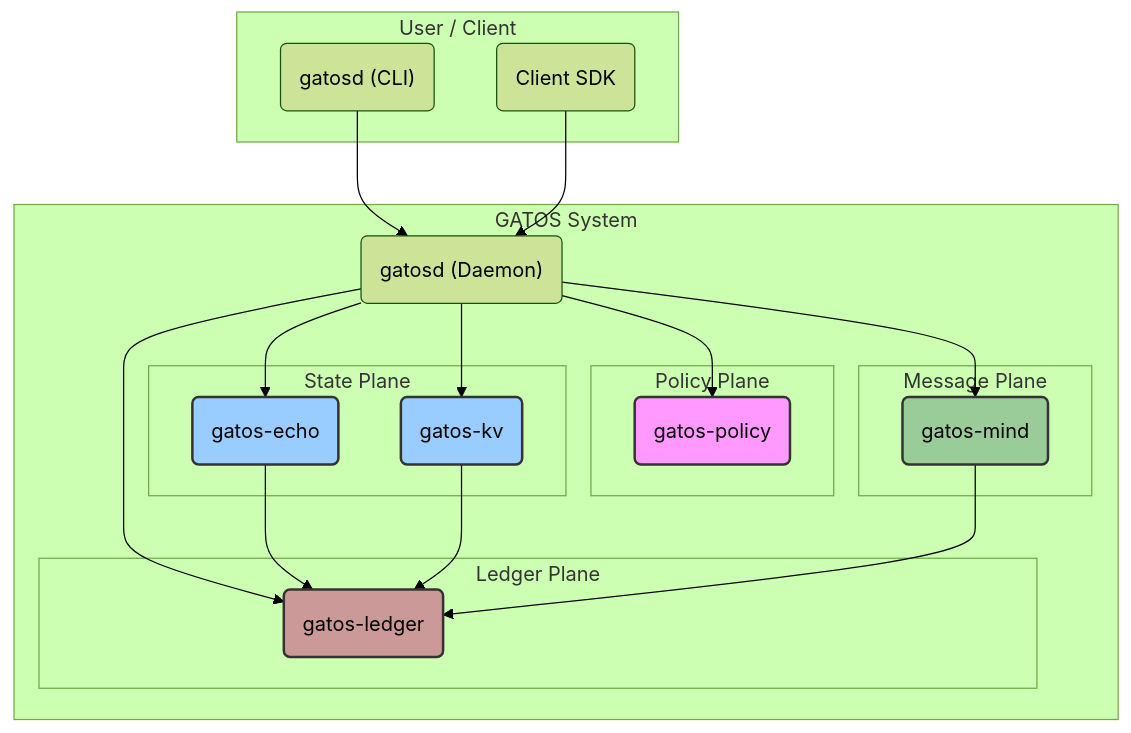
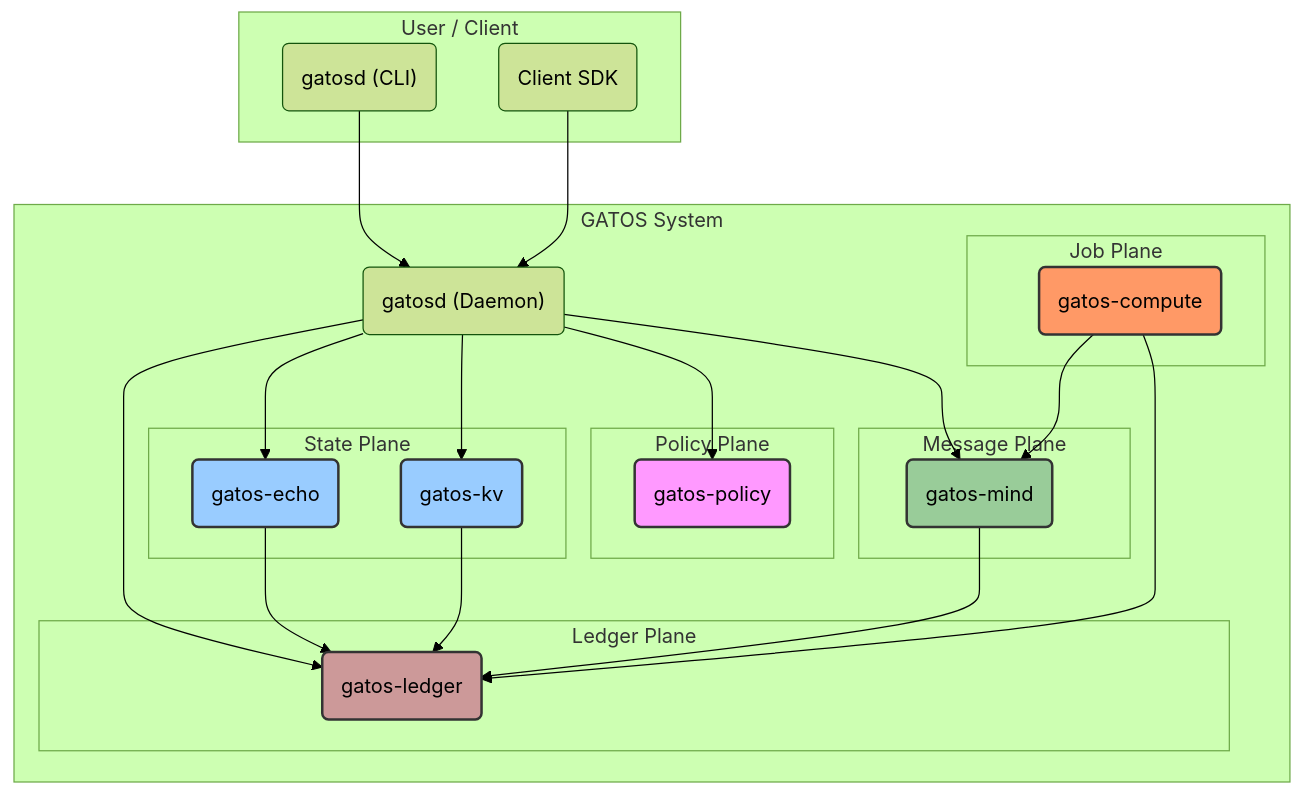
One commit to flyingrobots/gatos changed the diagram in docs/diagrams/architecture.md. Above: the diagram before and after it, drawn with Mermaid (forest theme). The commit also changed 3 other files, not shown here.

````diff
--- a/docs/diagrams/architecture.md
+++ b/docs/diagrams/architecture.md
@@ -5,47 +5,54 @@
 ```mermaid
 graph TD
     subgraph "User / Client"
         CLI("gatosd (CLI)")
         SDK("Client SDK")
     end
 
     subgraph "GATOS System"
         Daemon("gatosd (Daemon)")
 
         subgraph "Policy Plane"
             Policy("gatos-policy");
         end
 
         subgraph "State Plane"
             Echo("gatos-echo");
             KV("gatos-kv");
         end
 
         subgraph "Message Plane"
             Mind("gatos-mind");
         end
 
+        subgraph "Job Plane"
+            Compute("gatos-compute");
+        end
+
         subgraph "Ledger Plane"
             Ledger("gatos-ledger");
         end
 
         Daemon --> Policy;
         Daemon --> Echo;
         Daemon --> KV;
         Daemon --> Mind;
         Daemon --> Ledger;
 
         Echo --> Ledger;
         KV --> Ledger;
         Mind --> Ledger;
+        Compute --> Mind;
+        Compute --> Ledger;
     end
 
     CLI --> Daemon;
     SDK --> Daemon;
 
     style Policy fill:#f9f,stroke:#333,stroke-width:2px
     style Echo fill:#9cf,stroke:#333,stroke-width:2px
     style KV fill:#9cf,stroke:#333,stroke-width:2px
     style Mind fill:#9c9,stroke:#333,stroke-width:2px
     style Ledger fill:#c99,stroke:#333,stroke-width:2px
+    style Compute fill:#f96,stroke:#333,stroke-width:2px
 ```
````
